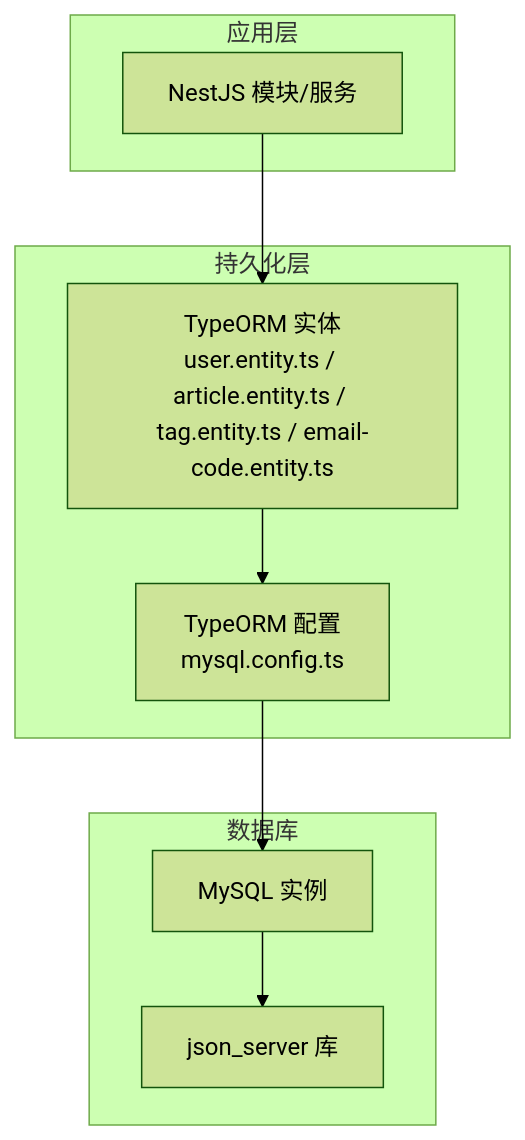
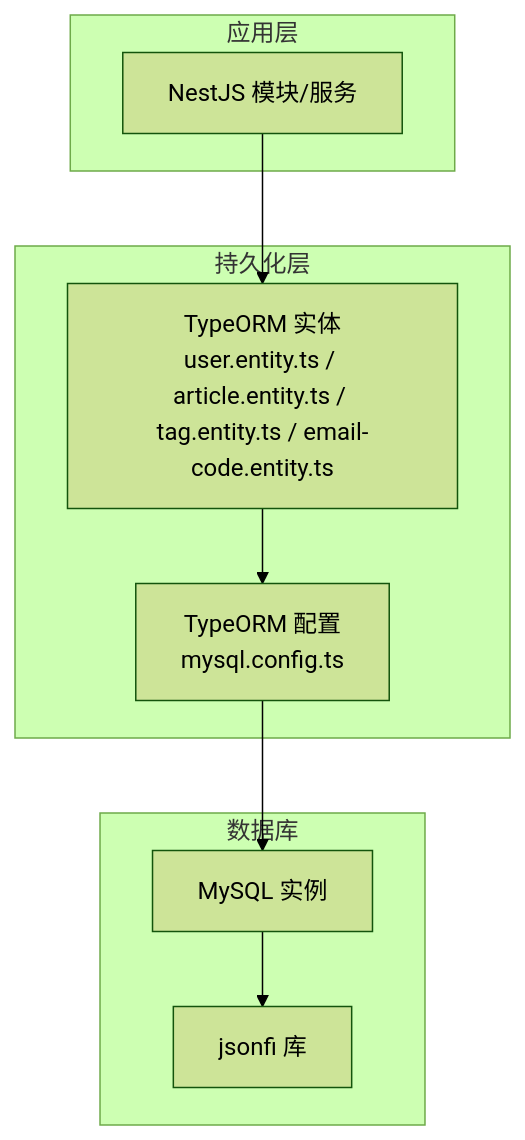
One commit to JsonFish/json-server changed the first of 4 diagrams in .qoder/repowiki/zh/content/数据库设计.md. Above: the diagram before and after it, drawn with Mermaid (forest theme). The commit also changed other lines of this file and 52 other files, not shown here.

````diff
--- a/.qoder/repowiki/zh/content/数据库设计.md
+++ b/.qoder/repowiki/zh/content/数据库设计.md
@@ -34,18 +40,18 @@
 ```mermaid
 graph TB
 subgraph "应用层"
 A["NestJS 模块/服务"]
 end
 subgraph "持久化层"
 B["TypeORM 实体<br/>user.entity.ts / article.entity.ts / tag.entity.ts / email-code.entity.ts"]
 C["TypeORM 配置<br/>mysql.config.ts"]
 end
 subgraph "数据库"
 D["MySQL 实例"]
-E["json_server 库"]
+E["jsonfi 库"]
 end
 A --> B
 B --> C
 C --> D
 D --> E
 ```
````
